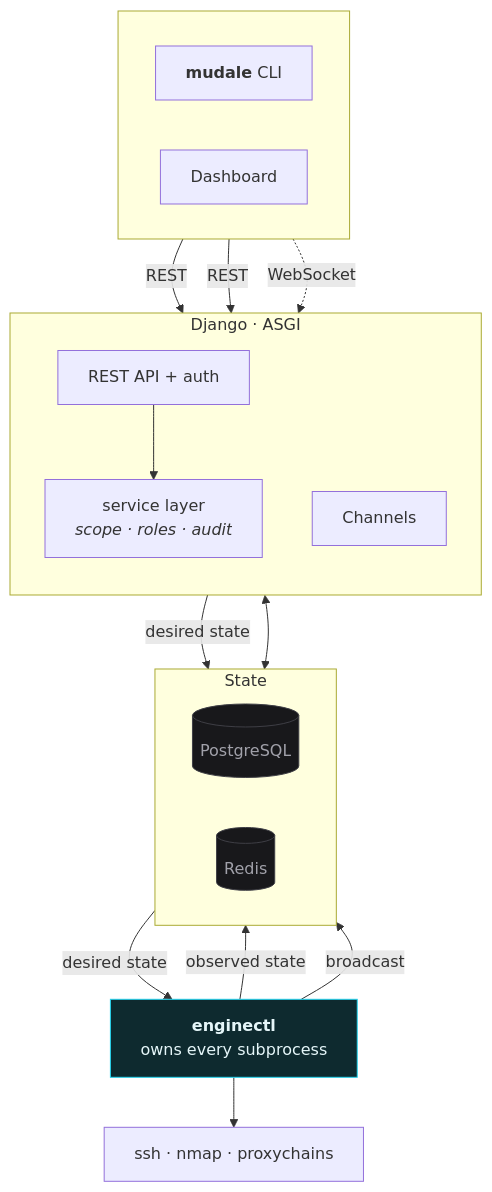
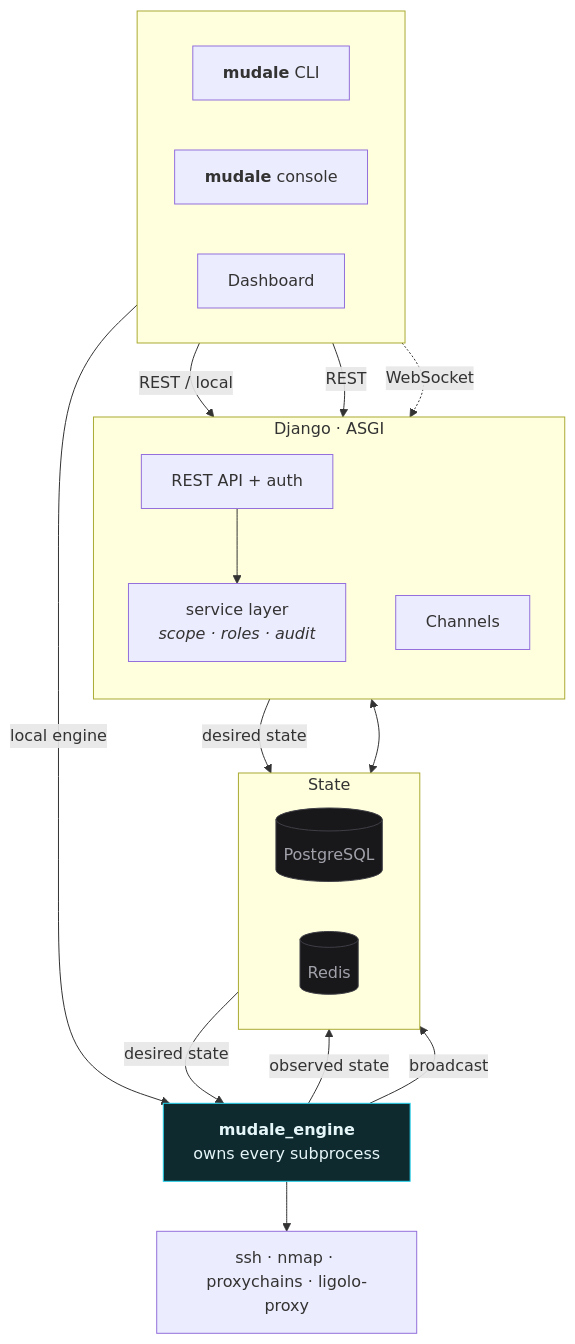
One commit to TarzEH/MudaleTunnel changed the second of 3 diagrams in README.md. Above: the diagram before and after it, drawn with Mermaid. The commit also changed other lines of this file and 71 other files, not shown here.

First line of the commit message:
feat: standalone engine, interactive console, ligolo-ng adapter, and release-ready polish

````diff
--- a/README.md
+++ b/README.md
@@ -281,40 +157,42 @@
 ```mermaid
 flowchart TB
     subgraph clients[" "]
         direction LR
         CLI["<b>mudale</b> CLI"]
+        CON["<b>mudale</b> console"]
         UI["Dashboard"]
     end
 
     subgraph web["Django · ASGI"]
         direction TB
         API["REST API + auth"]
         SVC["service layer<br/><i>scope · roles · audit</i>"]
         WS["Channels"]
         API --> SVC
     end
 
     subgraph state["State"]
         direction LR
         PG[("PostgreSQL")]
         RD[("Redis")]
     end
 
-    ENG["<b>enginectl</b><br/>owns every subprocess"]
-    TOOLS["ssh · nmap · proxychains"]
+    ENG["<b>mudale_engine</b><br/>owns every subprocess"]
+    TOOLS["ssh · nmap · proxychains · ligolo-proxy"]
 
-    CLI -- "REST" --> API
+    CLI -- "REST / local" --> API
+    CON -- "local engine" --> ENG
     UI  -- "REST" --> API
     UI  -. "WebSocket" .-> WS
     SVC -- "desired state" --> PG
     WS  <--> RD
     PG  -- "desired state" --> ENG
     ENG -- "observed state" --> PG
     ENG -- "broadcast" --> RD
     ENG --> TOOLS
 
     classDef store fill:#18181b,stroke:#3f3f46,color:#a1a1aa
     classDef engine fill:#0e2a2f,stroke:#22d3ee,color:#e5f6f9
     class PG,RD store
     class ENG engine
 ```
````
